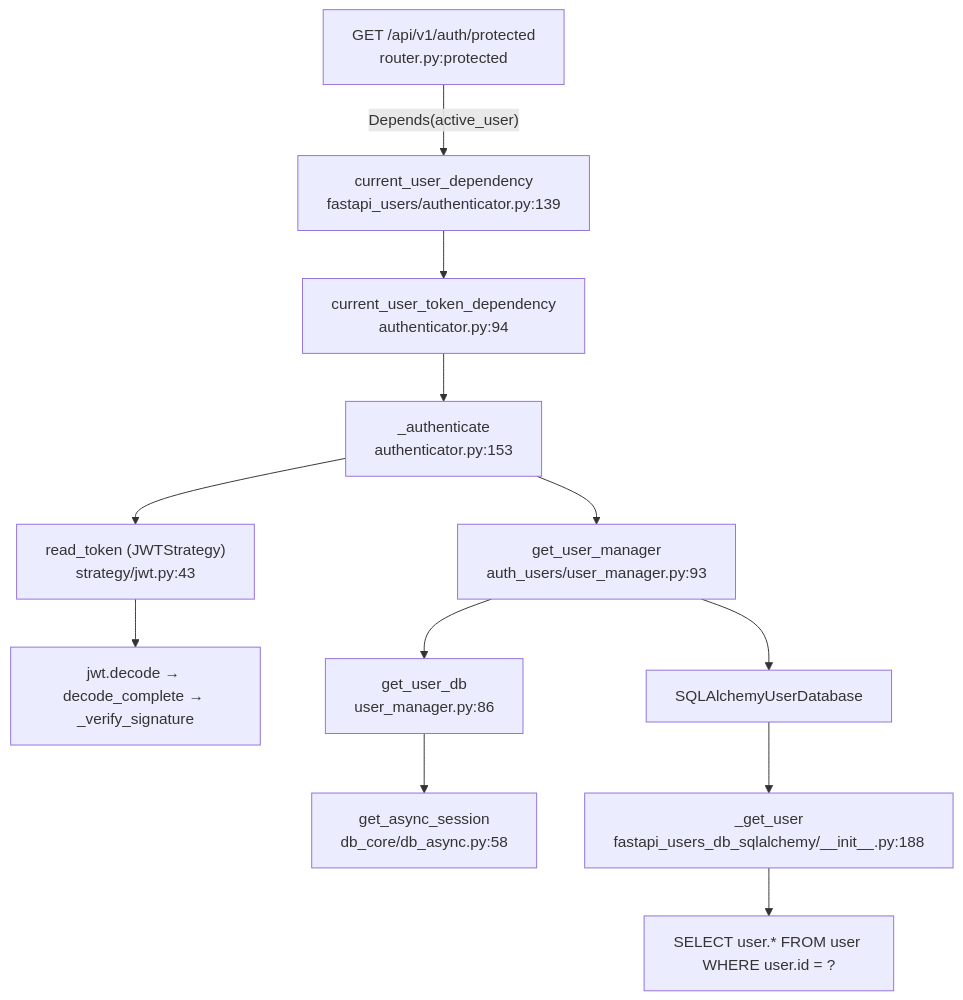
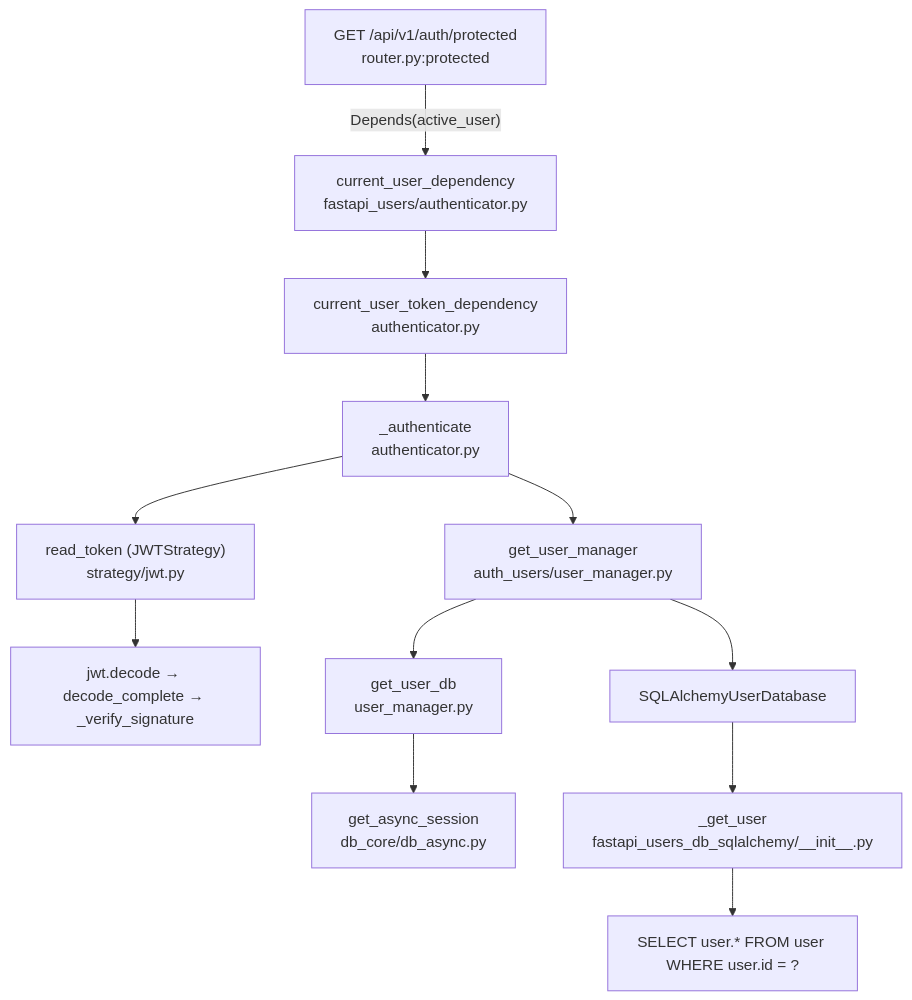
Before and after one commit to xaphan13/temp-auth-react-fast: the fifth of 7 diagrams in docs/06_auth_visual.md, drawn with Mermaid. The commit also changed other lines of this file and 40 other files, not shown here.

````diff
--- a/docs/06_auth_visual.md
+++ b/docs/06_auth_visual.md
@@ -311,27 +327,27 @@
 ```mermaid
 graph TD
     P["GET /api/v1/auth/protected<br/>router.py:protected"]
-    CUD["current_user_dependency<br/>fastapi_users/authenticator.py:139"]
-    CUTD["current_user_token_dependency<br/>authenticator.py:94"]
-    AUTH["_authenticate<br/>authenticator.py:153"]
-    RT["read_token (JWTStrategy)<br/>strategy/jwt.py:43"]
+    CUD["current_user_dependency<br/>fastapi_users/authenticator.py"]
+    CUTD["current_user_token_dependency<br/>authenticator.py"]
+    AUTH["_authenticate<br/>authenticator.py"]
+    RT["read_token (JWTStrategy)<br/>strategy/jwt.py"]
     DEC["jwt.decode → decode_complete → _verify_signature"]
-    GUM["get_user_manager<br/>auth_users/user_manager.py:93"]
-    GUD["get_user_db<br/>user_manager.py:86"]
-    SES["get_async_session<br/>db_core/db_async.py:58"]
+    GUM["get_user_manager<br/>auth_users/user_manager.py"]
+    GUD["get_user_db<br/>user_manager.py"]
+    SES["get_async_session<br/>db_core/db_async.py"]
     UDB["SQLAlchemyUserDatabase"]
-    GET["_get_user<br/>fastapi_users_db_sqlalchemy/__init__.py:188"]
+    GET["_get_user<br/>fastapi_users_db_sqlalchemy/__init__.py"]
     SQL["SELECT user.* FROM user WHERE user.id = ?"]
 
     P -->|"Depends(active_user)"| CUD
     CUD --> CUTD
     CUTD --> AUTH
     AUTH --> RT
     RT --> DEC
     AUTH --> GUM
     GUM --> GUD
     GUD --> SES
     GUM --> UDB
     UDB --> GET
     GET --> SQL
 ```
````
